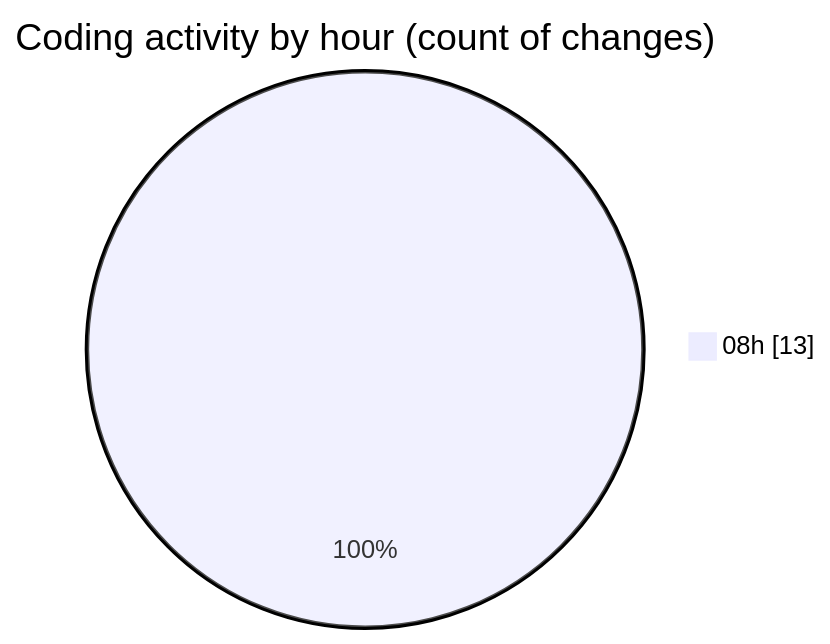
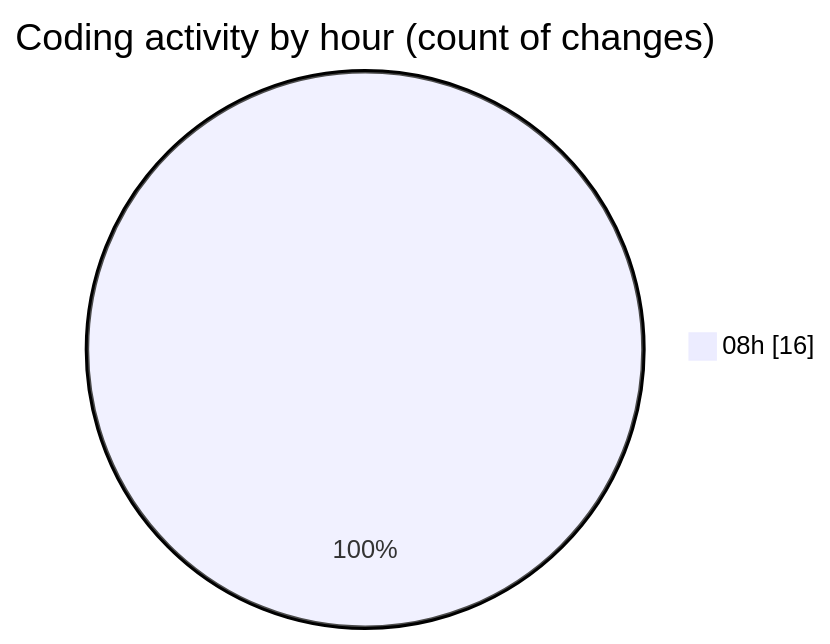
The second of 2 diagrams in 2025-09-13/shop/README.md (vahidmafi/code-tracking), drawn with Mermaid before and after one commit. The commit also changed other lines of this file and 1 other file, not shown here.

````diff
--- a/2025-09-13/shop/README.md
+++ b/2025-09-13/shop/README.md
@@ -33,5 +35,5 @@
 ```mermaid
 pie showData
 title Coding activity by hour (count of changes)
-"08h" : 13
+"08h" : 16
 ```
````
